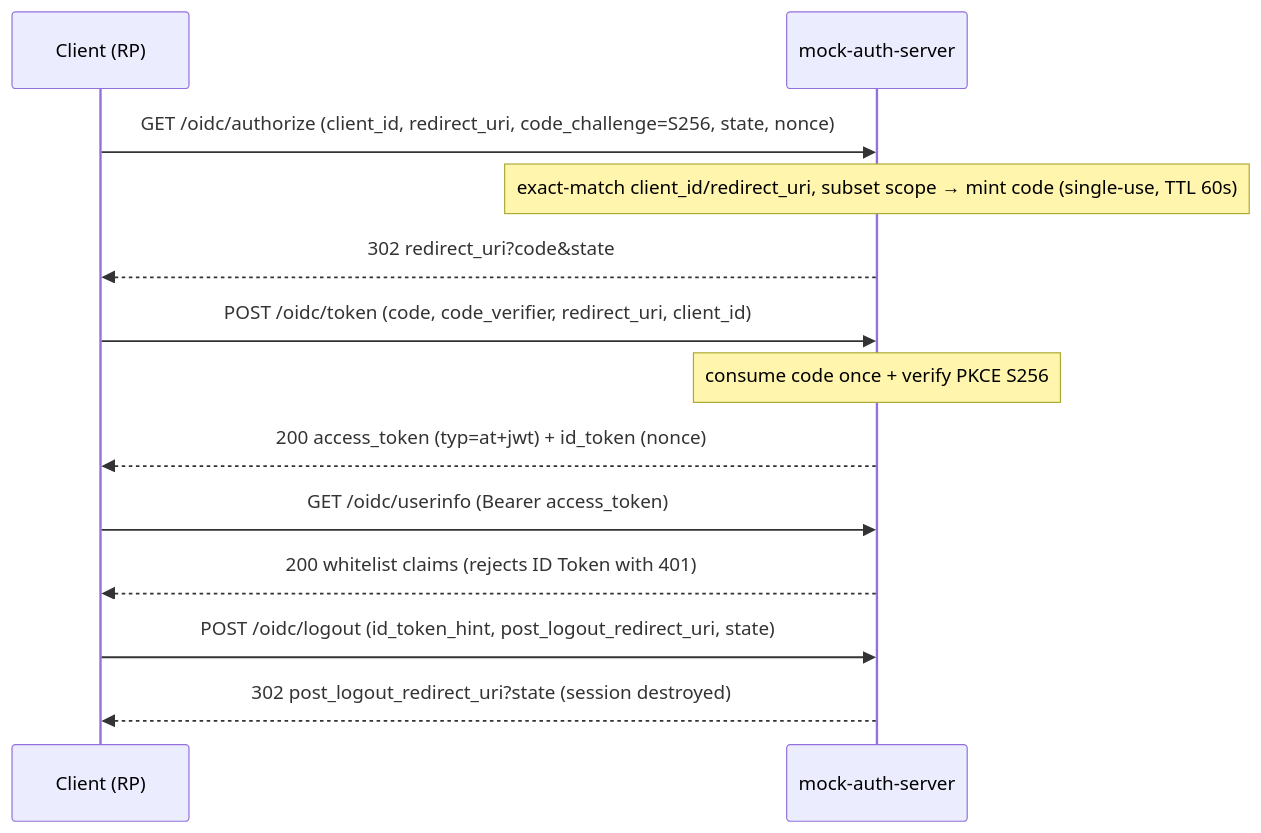
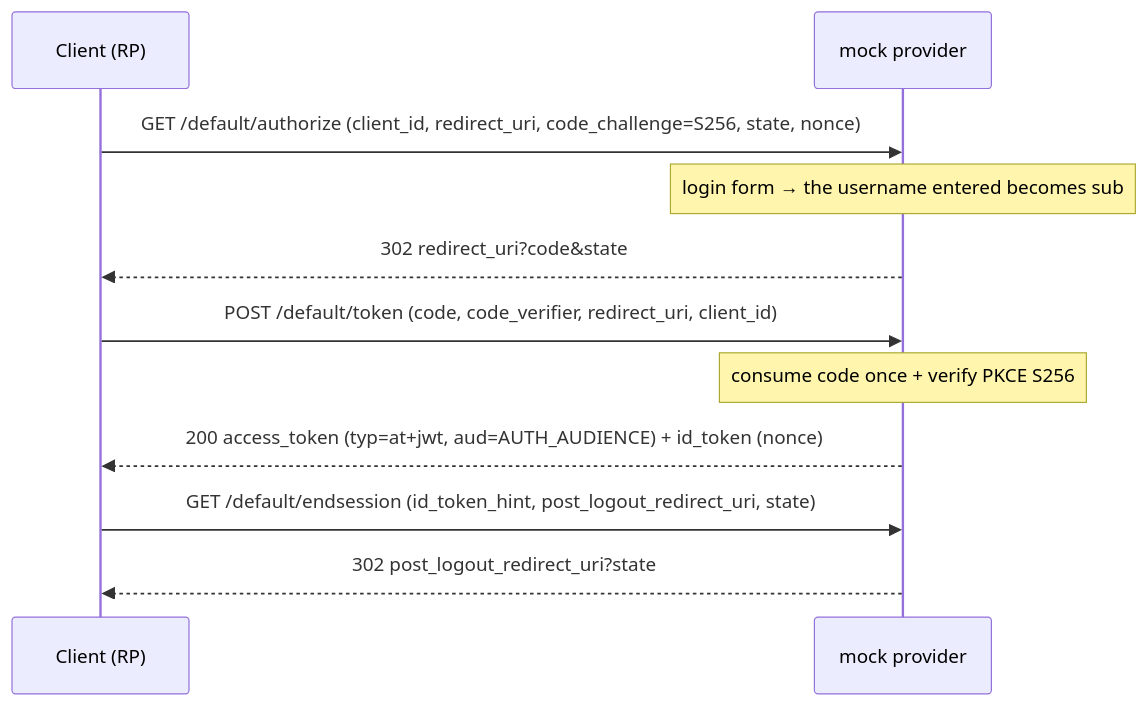
The third of 3 diagrams in docs/design/auth.md (Tomy-ch/go-boilerplate), drawn with Mermaid before and after one commit. The commit also changed other lines of this file and 24 other files, not shown here.

````diff
--- a/docs/design/auth.md
+++ b/docs/design/auth.md
@@ -120,15 +123,13 @@
 ```mermaid
 sequenceDiagram
     participant C as Client (RP)
-    participant M as mock-auth-server
-    C->>M: GET /oidc/authorize (client_id, redirect_uri, code_challenge=S256, state, nonce)
-    Note over M: exact-match client_id/redirect_uri, subset scope → mint code (single-use, TTL 60s)
+    participant M as mock provider
+    C->>M: GET /default/authorize (client_id, redirect_uri, code_challenge=S256, state, nonce)
+    Note over M: login form → the username entered becomes sub
     M-->>C: 302 redirect_uri?code&state
-    C->>M: POST /oidc/token (code, code_verifier, redirect_uri, client_id)
+    C->>M: POST /default/token (code, code_verifier, redirect_uri, client_id)
     Note over M: consume code once + verify PKCE S256
-    M-->>C: 200 access_token (typ=at+jwt) + id_token (nonce)
-    C->>M: GET /oidc/userinfo (Bearer access_token)
-    M-->>C: 200 whitelist claims (rejects ID Token with 401)
-    C->>M: POST /oidc/logout (id_token_hint, post_logout_redirect_uri, state)
-    M-->>C: 302 post_logout_redirect_uri?state (session destroyed)
+    M-->>C: 200 access_token (typ=at+jwt, aud=AUTH_AUDIENCE) + id_token (nonce)
+    C->>M: GET /default/endsession (id_token_hint, post_logout_redirect_uri, state)
+    M-->>C: 302 post_logout_redirect_uri?state
 ```
````
